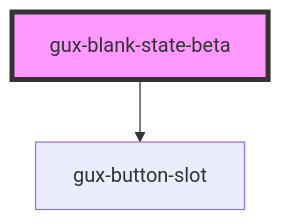
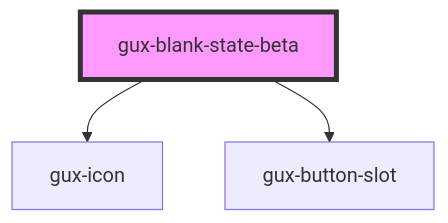
The diagram in packages/genesys-spark-components/src/components/beta/gux-blank-state-beta/readme.md (MyPureCloud/genesys-spark), drawn with Mermaid before and after one commit. The commit also changed other lines of this file and 6 other files, not shown here.

First line of the commit message:
perf(blank-state-beta): add logic for illustration

````diff
--- a/packages/genesys-spark-components/src/components/beta/gux-blank-state-beta/readme.md
+++ b/packages/genesys-spark-components/src/components/beta/gux-blank-state-beta/readme.md
@@ -33,5 +36,6 @@
 ```mermaid
 graph TD;
+  gux-blank-state-beta --> gux-icon
   gux-blank-state-beta --> gux-button-slot
   style gux-blank-state-beta fill:#f9f,stroke:#333,stroke-width:4px
 ```
````
